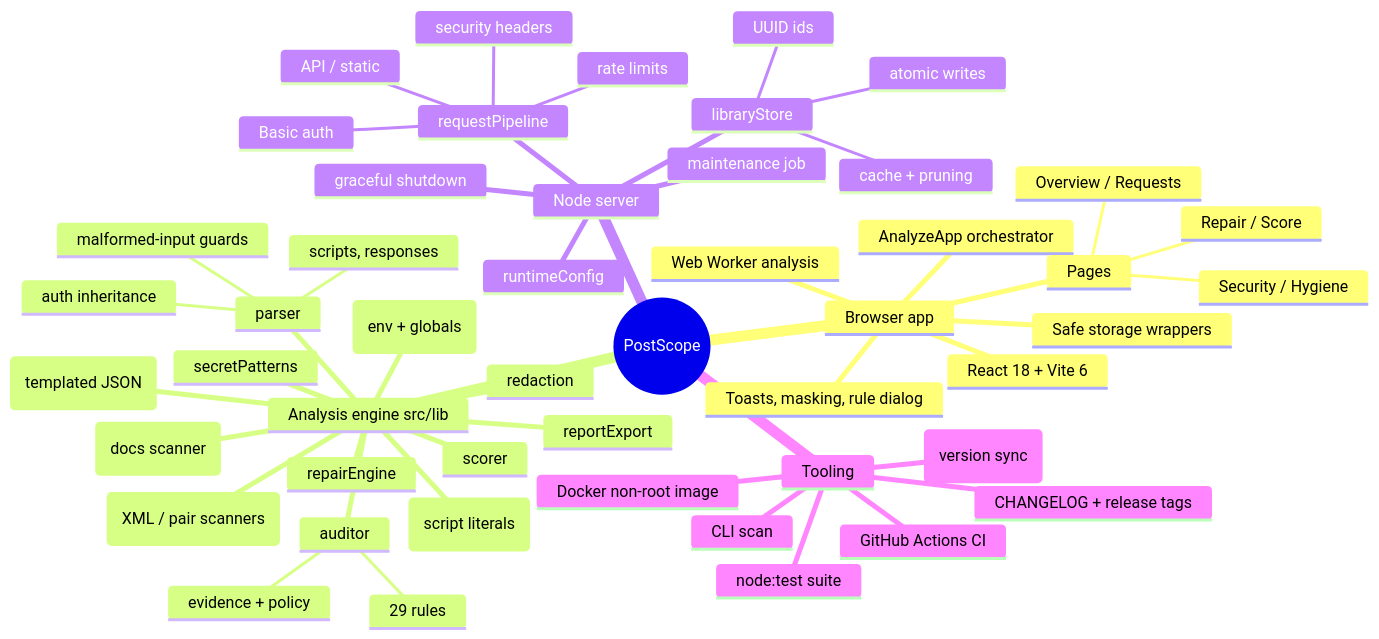
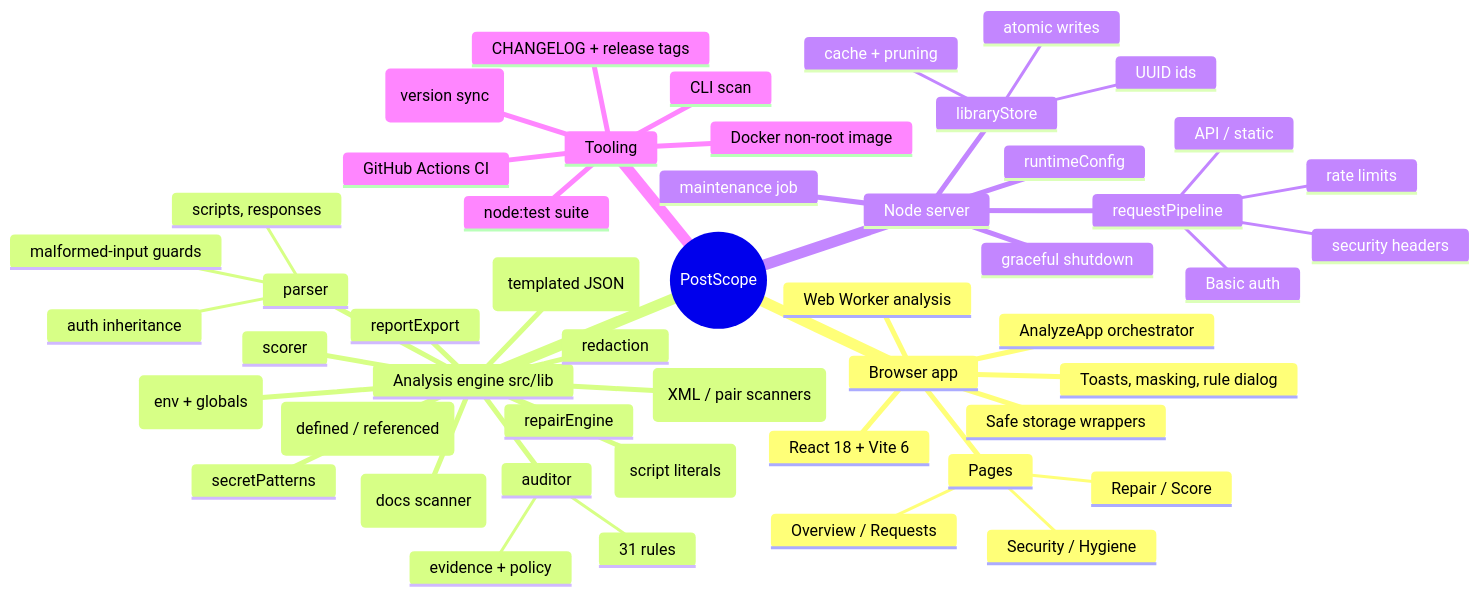
Before and after one commit to winksen/Postscope-App: the first of 2 diagrams in docs/mindmap/TECHNICAL_MINDMAP.md, drawn with Mermaid. The commit also changed other lines of this file and 15 other files, not shown here.

````diff
--- a/docs/mindmap/TECHNICAL_MINDMAP.md
+++ b/docs/mindmap/TECHNICAL_MINDMAP.md
@@ -11,52 +11,53 @@
 ```mermaid
 mindmap
   root((PostScope))
     Browser app
       React 18 + Vite 6
       AnalyzeApp orchestrator
       Pages
         Overview / Requests
         Security / Hygiene
         Repair / Score
       Web Worker analysis
       Toasts, masking, rule dialog
       Safe storage wrappers
     Analysis engine src/lib
       parser
         auth inheritance
         scripts, responses
         malformed-input guards
       auditor
-        29 rules
+        31 rules
         evidence + policy
       jsonBody (templated JSON)
       rawBody (XML / pair scanners)
       descriptions (docs scanner)
       scriptSecrets (script literals)
       environment (env + globals)
+      variableUsage (defined / referenced)
       secretPatterns
       scorer
       repairEngine
       redaction
       reportExport
     Node server
       requestPipeline
         security headers
         Basic auth
         rate limits
         API / static
       libraryStore
         UUID ids
         atomic writes
         cache + pruning
       runtimeConfig
       maintenance job
       graceful shutdown
     Tooling
       CLI scan
       node:test suite
       GitHub Actions CI
       Docker non-root image
       release:check (version sync)
       CHANGELOG + release tags
 ```
````
